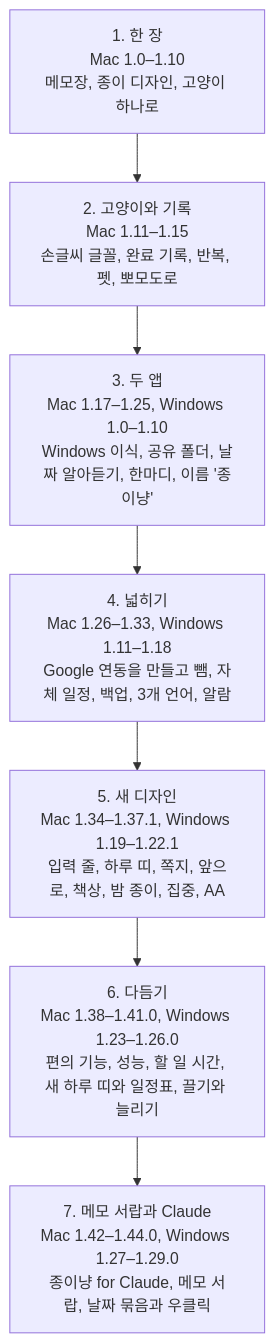
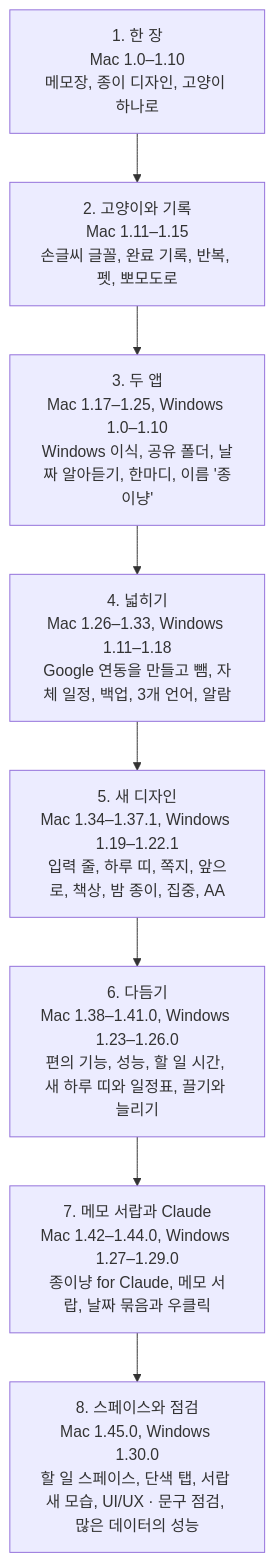
Before and after one commit to leeahwi/jongi-nyang-app: the diagram in portfolio/timeline.md, drawn with Mermaid. The commit also changed other lines of this file and 282 other files, not shown here.

Commit message:
종이냥 — Mac 1.45.0 · Windows 1.30.0

````diff
--- a/portfolio/timeline.md
+++ b/portfolio/timeline.md
@@ -5,11 +5,12 @@
 ```mermaid
 flowchart TB
     A["1. 한 장<br/>Mac 1.0–1.10<br/>메모장, 종이 디자인, 고양이 하나로"]
     B["2. 고양이와 기록<br/>Mac 1.11–1.15<br/>손글씨 글꼴, 완료 기록, 반복, 펫, 뽀모도로"]
     C["3. 두 앱<br/>Mac 1.17–1.25, Windows 1.0–1.10<br/>Windows 이식, 공유 폴더, 날짜 알아듣기, 한마디, 이름 '종이냥'"]
     D["4. 넓히기<br/>Mac 1.26–1.33, Windows 1.11–1.18<br/>Google 연동을 만들고 뺌, 자체 일정, 백업, 3개 언어, 알람"]
     E["5. 새 디자인<br/>Mac 1.34–1.37.1, Windows 1.19–1.22.1<br/>입력 줄, 하루 띠, 쪽지, 앞으로, 책상, 밤 종이, 집중, AA"]
     F["6. 다듬기<br/>Mac 1.38–1.41.0, Windows 1.23–1.26.0<br/>편의 기능, 성능, 할 일 시간, 새 하루 띠와 일정표, 끌기와 늘리기"]
     G["7. 메모 서랍과 Claude<br/>Mac 1.42–1.44.0, Windows 1.27–1.29.0<br/>종이냥 for Claude, 메모 서랍, 날짜 묶음과 우클릭"]
-    A --> B --> C --> D --> E --> F --> G
+    H["8. 스페이스와 점검<br/>Mac 1.45.0, Windows 1.30.0<br/>할 일 스페이스, 단색 탭, 서랍 새 모습, UI/UX · 문구 점검, 많은 데이터의 성능"]
+    A --> B --> C --> D --> E --> F --> G --> H
 ```
````
